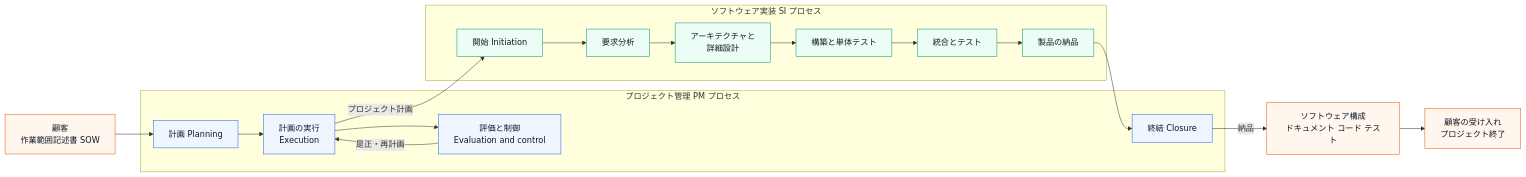
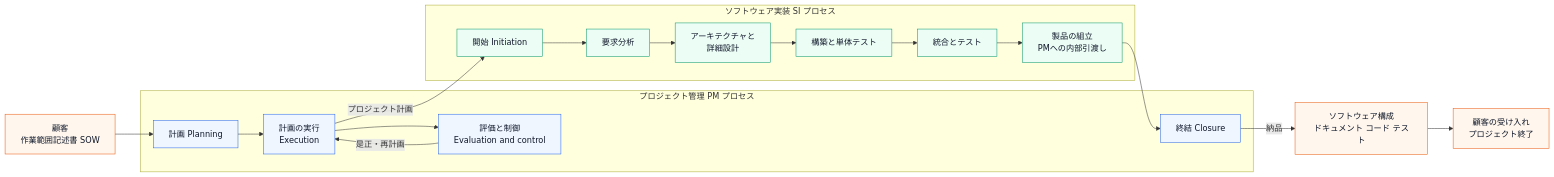
The eighth of 12 diagrams in Iso-iec-29110-1-1-2024-guide.md (myoshi2891/Quality-Assurance-Studies), drawn with Mermaid before and after one commit. The commit also changed other lines of this file, not shown here.

````diff
--- a/Iso-iec-29110-1-1-2024-guide.md
+++ b/Iso-iec-29110-1-1-2024-guide.md
@@ -468,39 +469,39 @@
 ```mermaid
 flowchart LR
     BP0["顧客<br/>作業範囲記述書 SOW"]
     subgraph PMP["プロジェクト管理 PM プロセス"]
         BP1["計画 Planning"]
         BP2["計画の実行<br/>Execution"]
         BP3["評価と制御<br/>Evaluation and control"]
         BP4["終結 Closure"]
     end
     subgraph SIP["ソフトウェア実装 SI プロセス"]
         BP5["開始 Initiation"]
         BP6["要求分析"]
         BP7["アーキテクチャと<br/>詳細設計"]
         BP8["構築と単体テスト"]
         BP9["統合とテスト"]
-        BP10["製品の納品"]
+        BP10["製品の組立<br/>PMへの内部引渡し"]
     end
     BP11["ソフトウェア構成<br/>ドキュメント コード テスト"]
     BP12["顧客の受け入れ<br/>プロジェクト終了"]
     BP0 --> BP1
     BP1 --> BP2
     BP2 -->|"プロジェクト計画"| BP5
     BP2 --> BP3
     BP3 -->|"是正・再計画"| BP2
     BP5 --> BP6
     BP6 --> BP7
     BP7 --> BP8
     BP8 --> BP9
     BP9 --> BP10
     BP10 --> BP4
     BP4 -->|"納品"| BP11
     BP11 --> BP12
     classDef pm fill:#eff6ff,stroke:#2563eb,color:#0f172a
     classDef si fill:#ecfdf5,stroke:#059669,color:#0f172a
     classDef ext fill:#fff7ed,stroke:#ea580c,color:#0f172a
     class BP1,BP2,BP3,BP4 pm
     class BP5,BP6,BP7,BP8,BP9,BP10 si
     class BP0,BP11,BP12 ext
 ```
````
